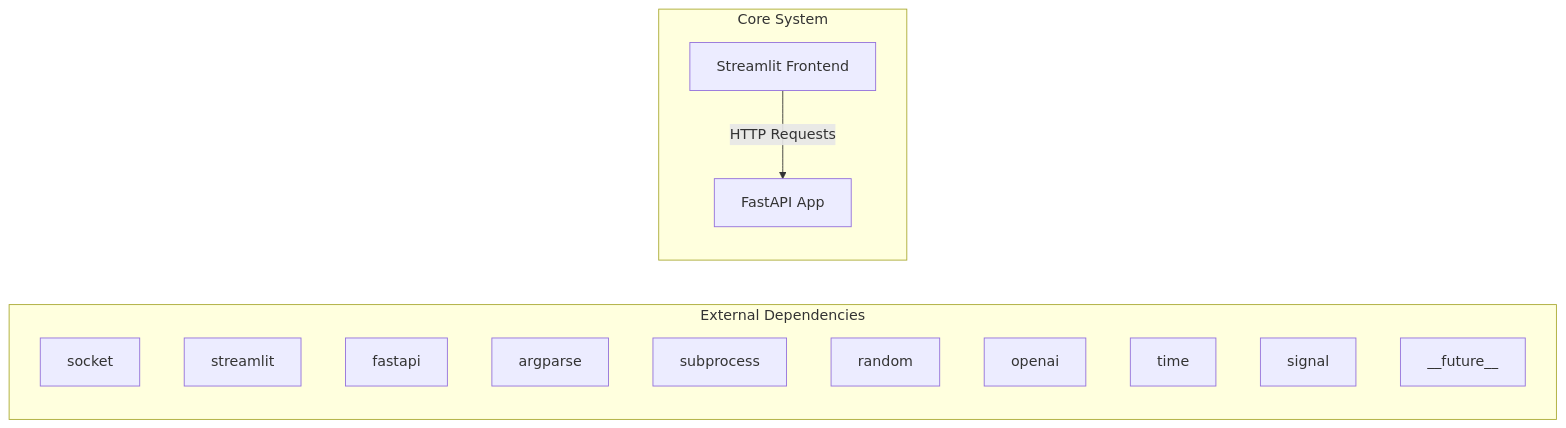
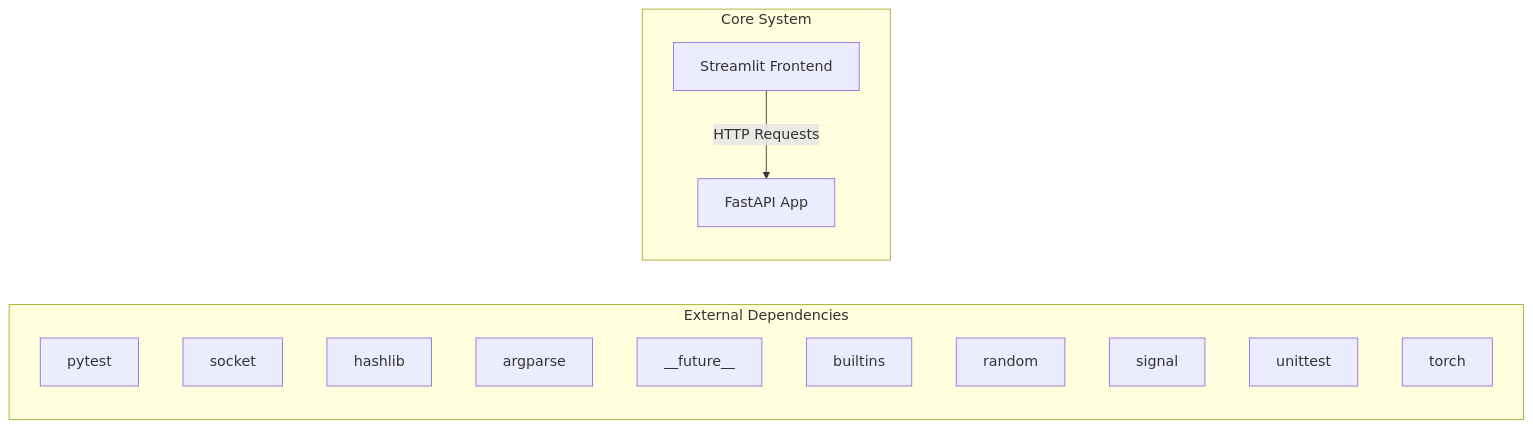
Before and after one commit to NITISH-R-G/rag-context-optimizer: the first of 2 diagrams in docs/architecture.md, drawn with Mermaid. The commit also changed 1 other file, not shown here.

Commit message:
docs: auto-update repository knowledge, architecture diagrams, and documentation

````diff
--- a/docs/architecture.md
+++ b/docs/architecture.md
@@ -7,20 +7,20 @@
 ```mermaid
 graph LR
     subgraph External Dependencies
-        E0["socket"]
-        E1["streamlit"]
-        E2["fastapi"]
+        E0["pytest"]
+        E1["socket"]
+        E2["hashlib"]
         E3["argparse"]
-        E4["subprocess"]
-        E5["random"]
-        E6["openai"]
-        E7["time"]
-        E8["signal"]
-        E9["__future__"]
+        E4["__future__"]
+        E5["builtins"]
+        E6["random"]
+        E7["signal"]
+        E8["unittest"]
+        E9["torch"]
     end
     subgraph Core System
         API["FastAPI App"]
         UI["Streamlit Frontend"]
     end
     UI -->|HTTP Requests| API
 ```
````
